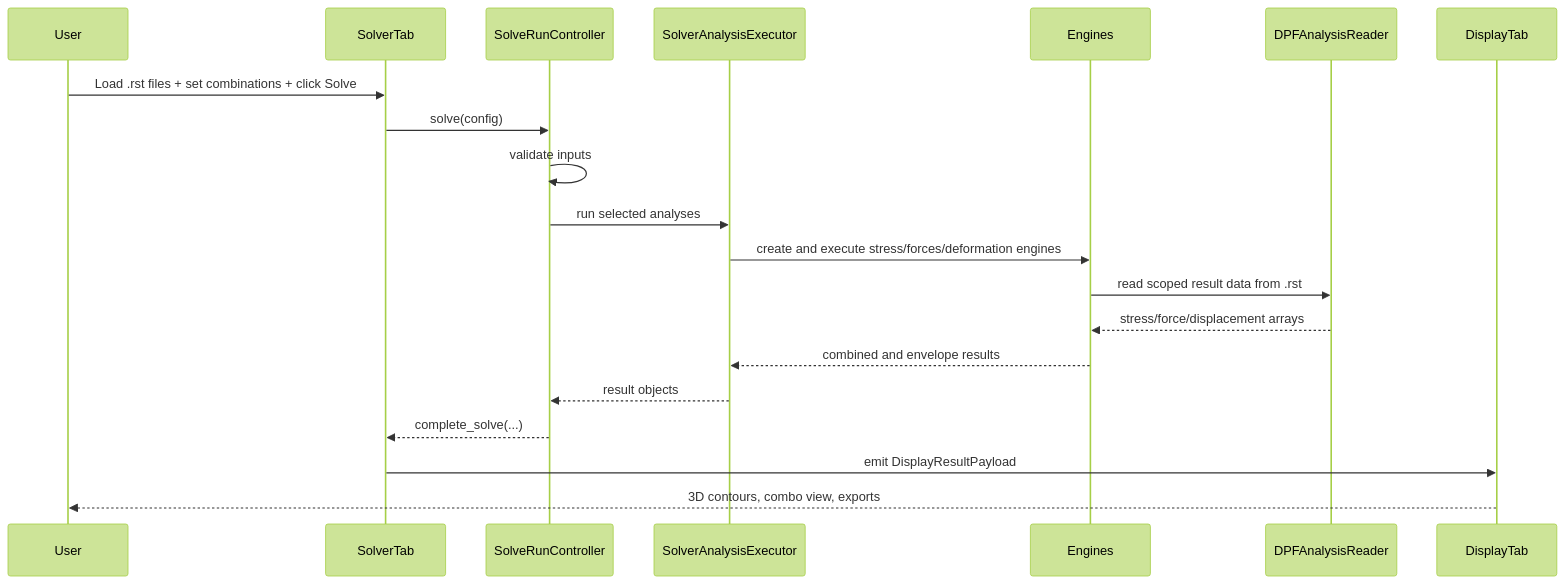
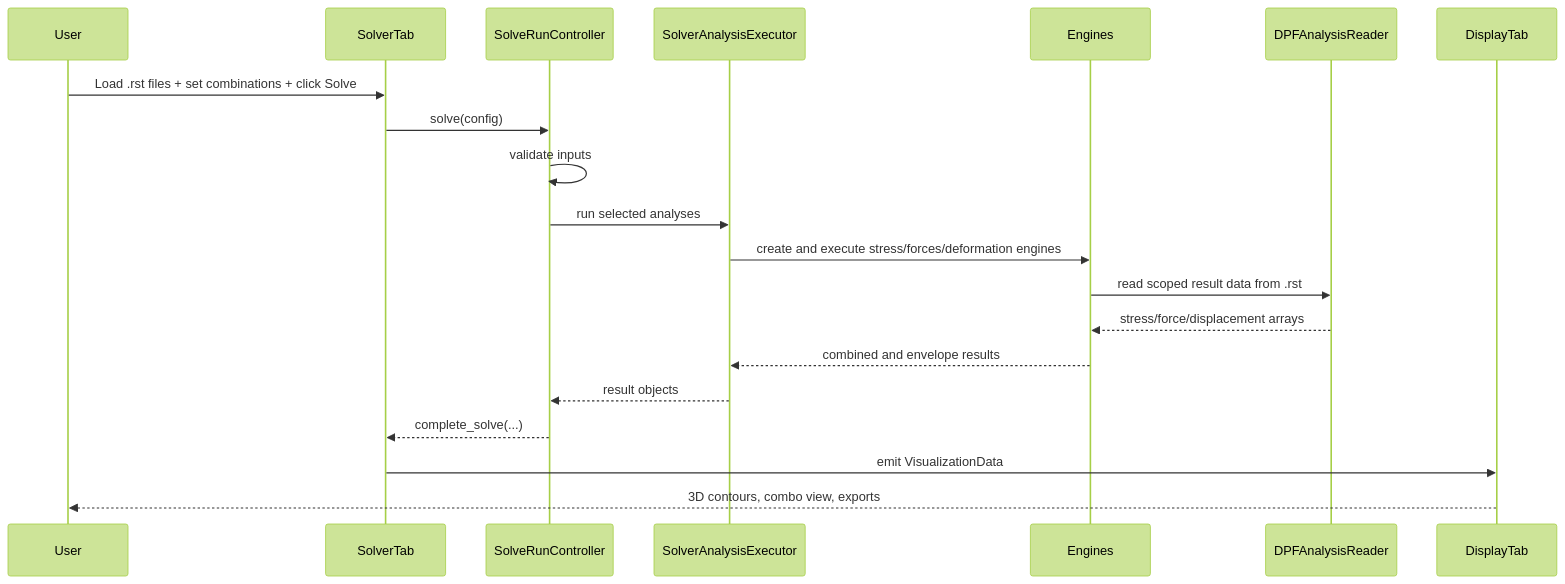
The third of 3 diagrams in architecture.md (emreatay993/MARS-SC), drawn with Mermaid (forest theme) before and after one commit. The commit also changed other lines of this file and 12 other files, not shown here.

Commit message:
Rename display bridge/payload to ResultVisualizationBridge and VisualizationData

````diff
--- a/architecture.md
+++ b/architecture.md
@@ -96,23 +96,23 @@
 ```mermaid
 sequenceDiagram
     participant User
     participant SolverTab
     participant SolveRunController
     participant SolverAnalysisExecutor
     participant Engines
     participant DPFAnalysisReader
     participant DisplayTab
 
     User->>SolverTab: Load .rst files + set combinations + click Solve
     SolverTab->>SolveRunController: solve(config)
     SolveRunController->>SolveRunController: validate inputs
     SolveRunController->>SolverAnalysisExecutor: run selected analyses
     SolverAnalysisExecutor->>Engines: create and execute stress/forces/deformation engines
     Engines->>DPFAnalysisReader: read scoped result data from .rst
     DPFAnalysisReader-->>Engines: stress/force/displacement arrays
     Engines-->>SolverAnalysisExecutor: combined and envelope results
     SolverAnalysisExecutor-->>SolveRunController: result objects
     SolveRunController-->>SolverTab: complete_solve(...)
-    SolverTab->>DisplayTab: emit DisplayResultPayload
+    SolverTab->>DisplayTab: emit VisualizationData
     DisplayTab-->>User: 3D contours, combo view, exports
 ```
````
